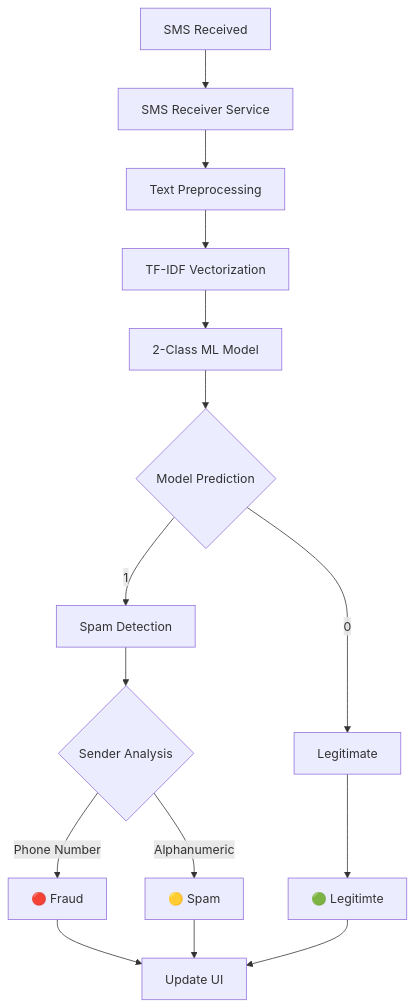
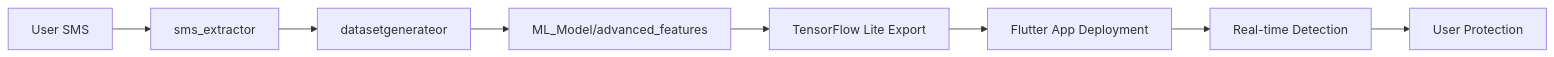
Before and after one commit to iDhanushp/-Smart-Detection-of-Malicious-SMS: the diagram in PROJECT_DOCUMENTATION.md, drawn with Mermaid. The commit also changed other lines of this file and 31 other files, not shown here.

````diff
--- a/PROJECT_DOCUMENTATION.md
+++ b/PROJECT_DOCUMENTATION.md
@@ -62,17 +2364,10 @@
 ```mermaid
-graph TD
-    A[SMS Received] --> B[SMS Receiver Service]
-    B --> C[Text Preprocessing]
-    C --> D[TF-IDF Vectorization]
-    D --> E[2-Class ML Model]
-    E --> F{Model Prediction}
-    F -->|0| G[Legitimate]
-    F -->|1| H[Spam Detection]
-    H --> I{Sender Analysis}
-    I -->|Phone Number| J[🔴 Fraud]
-    I -->|Alphanumeric| K[🟡 Spam]
-    G --> L[🟢 Legitimte]
-    J --> M[Update UI]
-    K --> M
-    L --> M
+graph LR
+    A[User SMS] --> B[sms_extractor]
+    B --> C[datasetgenerateor]
+    C --> D[ML_Model/advanced_features] 
+    D --> E[TensorFlow Lite Export]
+    E --> F[Flutter App Deployment]
+    F --> G[Real-time Detection]
+    G --> H[User Protection]
 ```
````
